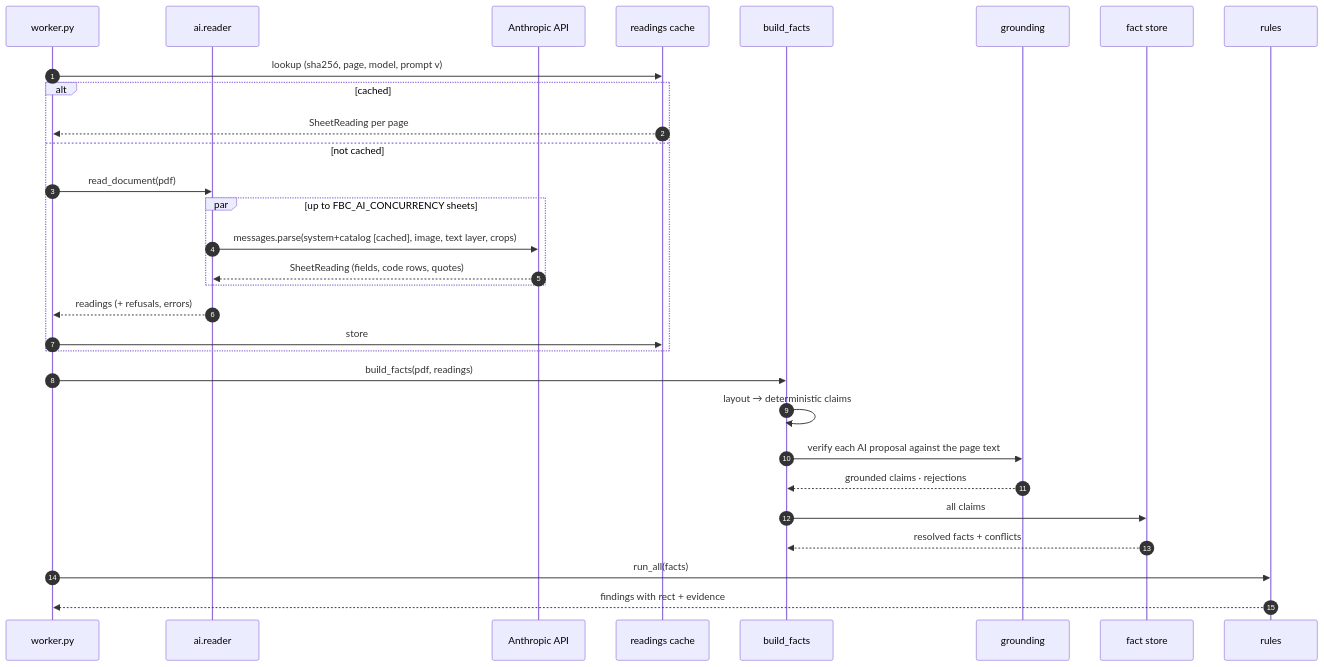
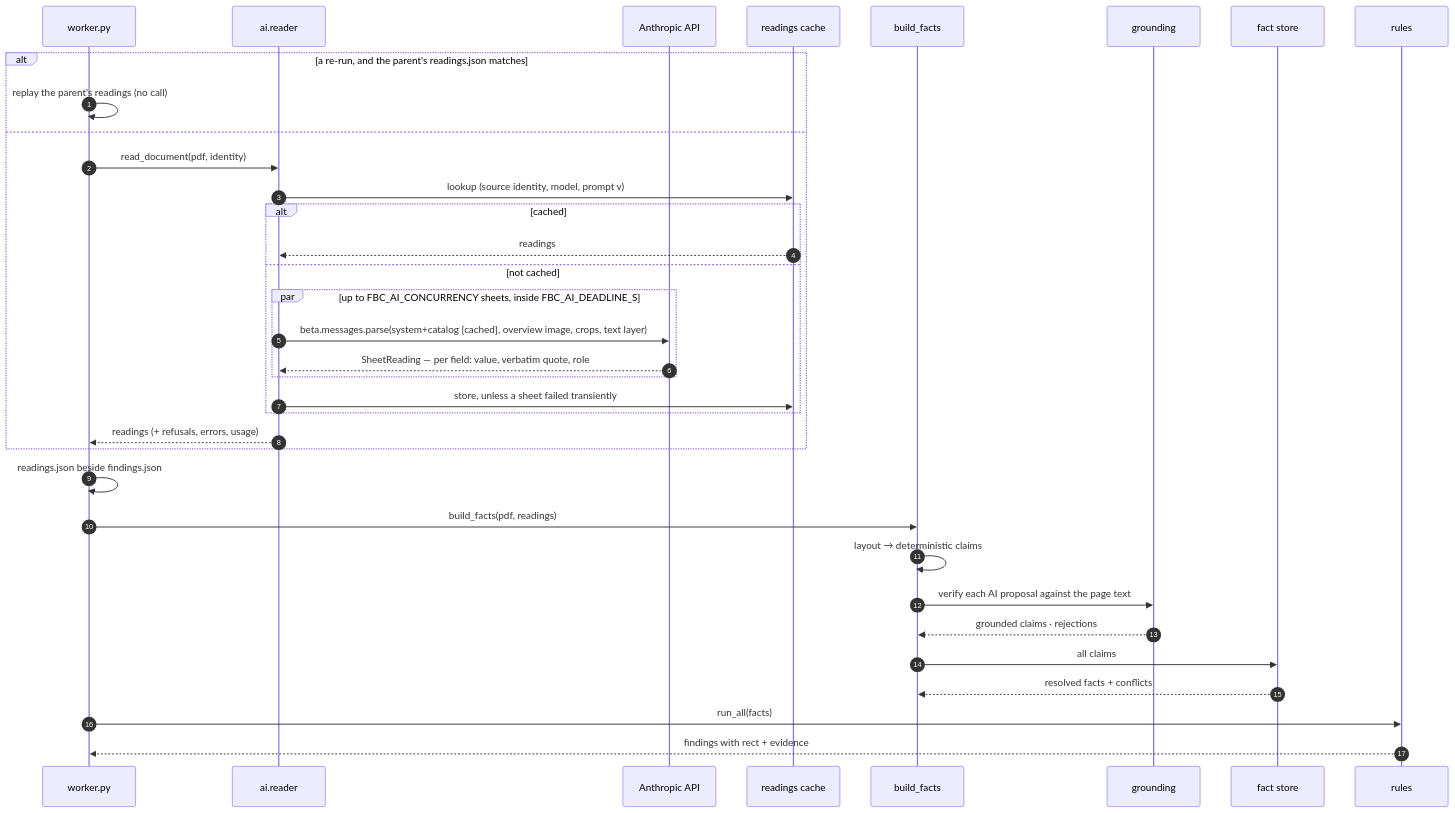
Before and after one commit to bkenol/fbc-review: the third of 3 diagrams in docs/ARCHITECTURE-V2.md, drawn with Mermaid. The commit also changed other lines of this file and 28 other files, not shown here.

First line of the commit message:
Read each sheet with Claude, and use nothing it says until the sheet says it too

````diff
--- a/docs/ARCHITECTURE-V2.md
+++ b/docs/ARCHITECTURE-V2.md
@@ -282,33 +288,38 @@
 ```mermaid
 sequenceDiagram
     autonumber
     participant K as worker.py
     participant AI as ai.reader
     participant API as Anthropic API
     participant C as readings cache
     participant X as build_facts
     participant G as grounding
     participant FS as fact store
     participant RL as rules
 
-    K->>C: lookup (sha256, page, model, prompt v)
-    alt cached
-        C-->>K: SheetReading per page
-    else not cached
-        K->>AI: read_document(pdf)
-        par up to FBC_AI_CONCURRENCY sheets
-            AI->>API: messages.parse(system+catalog [cached], image, text layer, crops)
-            API-->>AI: SheetReading (fields, code rows, quotes)
+    alt a re-run, and the parent's readings.json matches
+        K->>K: replay the parent's readings (no call)
+    else
+        K->>AI: read_document(pdf, identity)
+        AI->>C: lookup (source identity, model, prompt v)
+        alt cached
+            C-->>AI: readings
+        else not cached
+            par up to FBC_AI_CONCURRENCY sheets, inside FBC_AI_DEADLINE_S
+                AI->>API: beta.messages.parse(system+catalog [cached], overview image, crops, text layer)
+                API-->>AI: SheetReading — per field: value, verbatim quote, role
+            end
+            AI->>C: store, unless a sheet failed transiently
         end
-        AI-->>K: readings (+ refusals, errors)
-        K->>C: store
+        AI-->>K: readings (+ refusals, errors, usage)
     end
+    K->>K: readings.json beside findings.json
     K->>X: build_facts(pdf, readings)
     X->>X: layout → deterministic claims
     X->>G: verify each AI proposal against the page text
     G-->>X: grounded claims · rejections
     X->>FS: all claims
     FS-->>X: resolved facts + conflicts
     K->>RL: run_all(facts)
     RL-->>K: findings with rect + evidence
 ```
````
